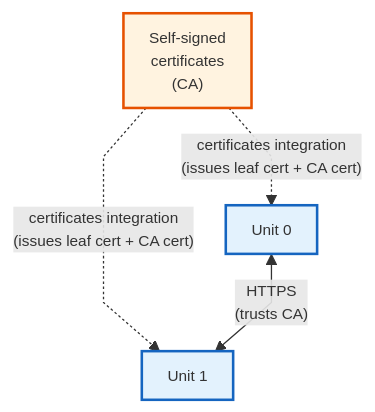
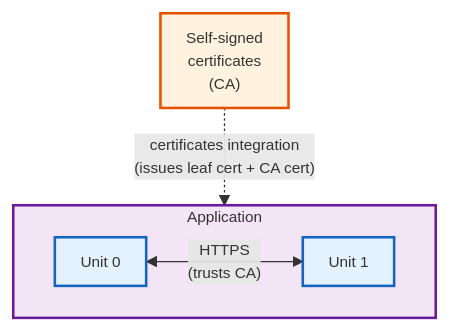
Before and after one commit to canonical/certificate-management-docs: the first of 2 diagrams in docs/operator/deployment-blueprints/ca-trust-best-practices.md, drawn with Mermaid. The commit also changed other lines of this file and 26 other files, not shown here.

````diff
--- a/docs/operator/deployment-blueprints/ca-trust-best-practices.md
+++ b/docs/operator/deployment-blueprints/ca-trust-best-practices.md
@@ -25,14 +42,21 @@
 ```{mermaid}
 %%{init: {'theme': 'default', 'themeVariables': {'fontSize': '12px'}, 'flowchart': {'nodeSpacing': 30, 'rankSpacing': 40, 'curve': 'linear', 'padding': 10}}}%%
 flowchart TD
-    SSC["Self-signed\ncertificates\n(CA)"]
-    SSC -.->|"certificates integration\n(issues leaf cert + CA cert)"| U1["Unit 0"]
-    SSC -.->|"certificates integration\n(issues leaf cert + CA cert)"| U2["Unit 1"]
-    U1 <-->|"HTTPS\n(trusts CA)"| U2
+    SSC["Self-signed<br/>certificates<br/>(CA)"]
+
+    subgraph Application
+        U1["Unit 0"]
+        U2["Unit 1"]
+    end
+
+    SSC -.->|"certificates integration<br/>(issues leaf cert + CA cert)"| Application
+    U1 <-->|"HTTPS<br/>(trusts CA)"| U2
 
     classDef provider fill:#FFF3E0,stroke:#E65100,stroke-width:2px,color:#333
     classDef unit fill:#E3F2FD,stroke:#1565C0,stroke-width:2px,color:#333
+    classDef appGroup fill:#F3E5F5,stroke:#6A1B9A,stroke-width:2px,color:#333
 
     class SSC provider
     class U1,U2 unit
+    class Application appGroup
 ```
````
